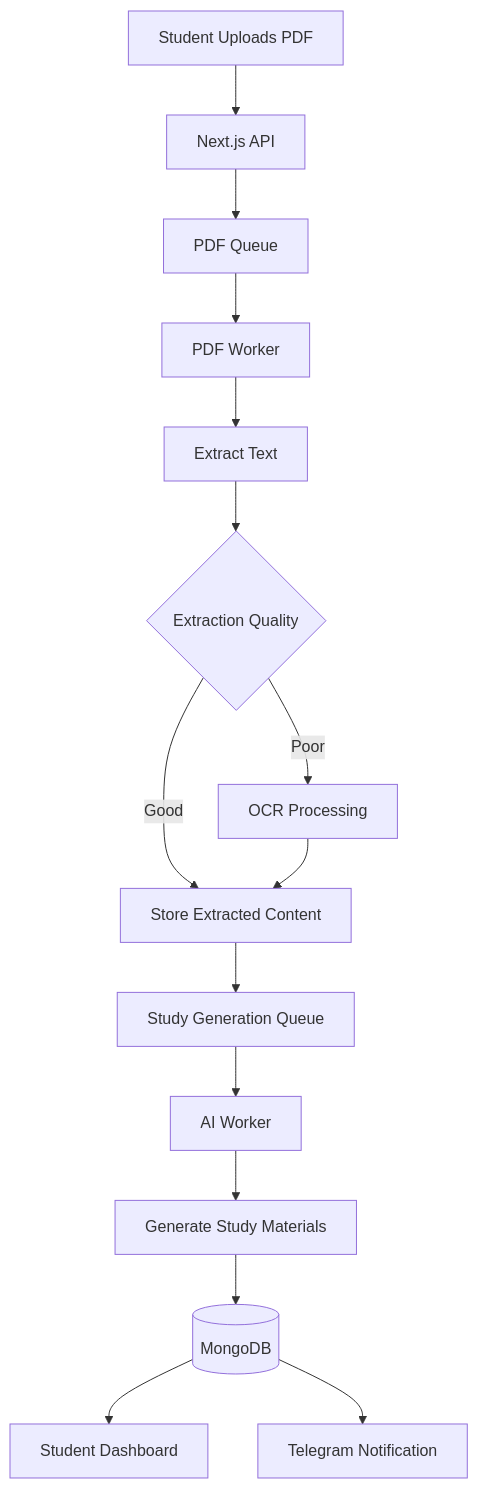
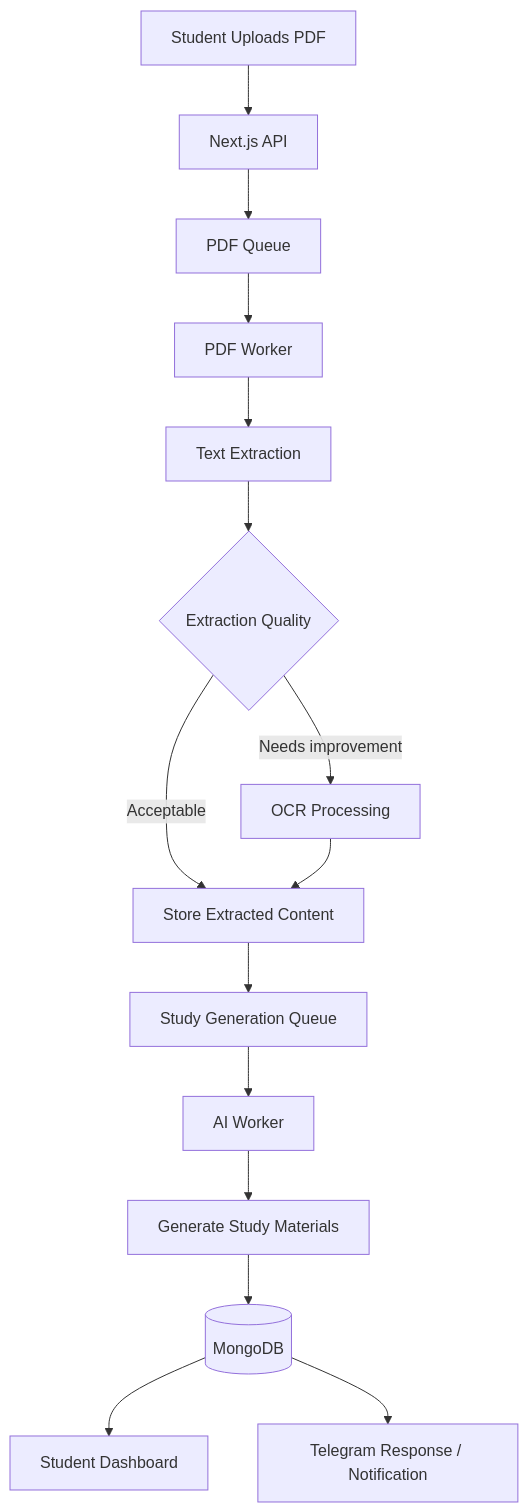
The second of 8 diagrams in README.md (ANG-KUNG-TANG/ai-study-ass), drawn with Mermaid before and after one commit. The commit also changed other lines of this file, not shown here.

````diff
--- a/README.md
+++ b/README.md
@@ -416,20 +221,17 @@
 ```mermaid
 flowchart TD
     A[Student Uploads PDF] --> B[Next.js API]
     B --> C[PDF Queue]
     C --> D[PDF Worker]
-    D --> E[Extract Text]
+    D --> E[Text Extraction]
     E --> F{Extraction Quality}
-
-    F -->|Good| G[Store Extracted Content]
-    F -->|Poor| H[OCR Processing]
-
+    F -->|Acceptable| G[Store Extracted Content]
+    F -->|Needs improvement| H[OCR Processing]
     H --> G
     G --> I[Study Generation Queue]
     I --> J[AI Worker]
     J --> K[Generate Study Materials]
     K --> L[(MongoDB)]
-
     L --> M[Student Dashboard]
-    L --> N[Telegram Notification]
+    L --> N[Telegram Response / Notification]
 ```
````
